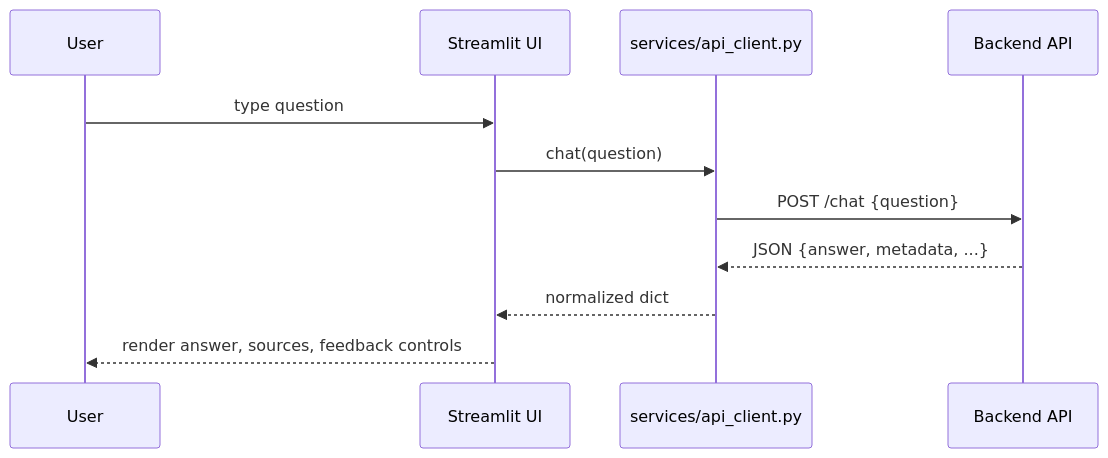
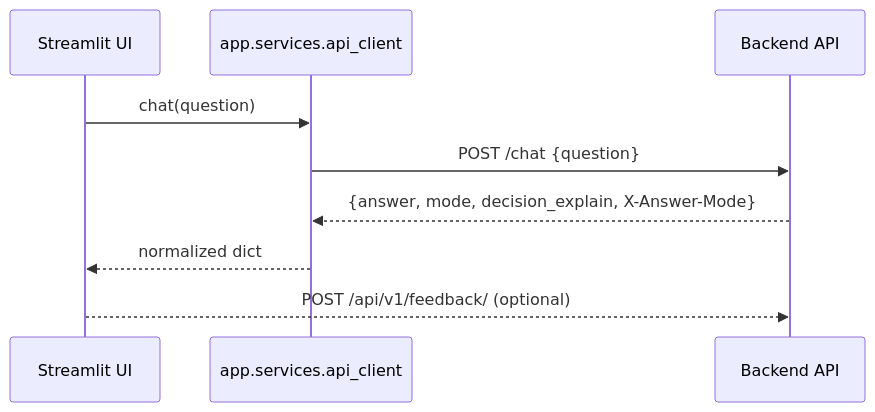
The first of 2 diagrams in frontend/streamlit/docs/ARCHITECTURE.md (maripedg/ai-assistant-v2), drawn with Mermaid before and after one commit. The commit also changed other lines of this file and 26 other files, not shown here.

````diff
--- a/frontend/streamlit/docs/ARCHITECTURE.md
+++ b/frontend/streamlit/docs/ARCHITECTURE.md
@@ -43,14 +26,11 @@
 ```mermaid
 sequenceDiagram
-    participant User
     participant UI as Streamlit UI
-    participant Svc as services/api_client.py
+    participant Svc as app.services.api_client
     participant BE as Backend API
-
-    User->>UI: type question
     UI->>Svc: chat(question)
     Svc->>BE: POST /chat {question}
-    BE-->>Svc: JSON {answer, metadata, ...}
+    BE-->>Svc: {answer, mode, decision_explain, X-Answer-Mode}
     Svc-->>UI: normalized dict
-    UI-->>User: render answer, sources, feedback controls
+    UI-->>BE: POST /api/v1/feedback/ (optional)
 ```
````
